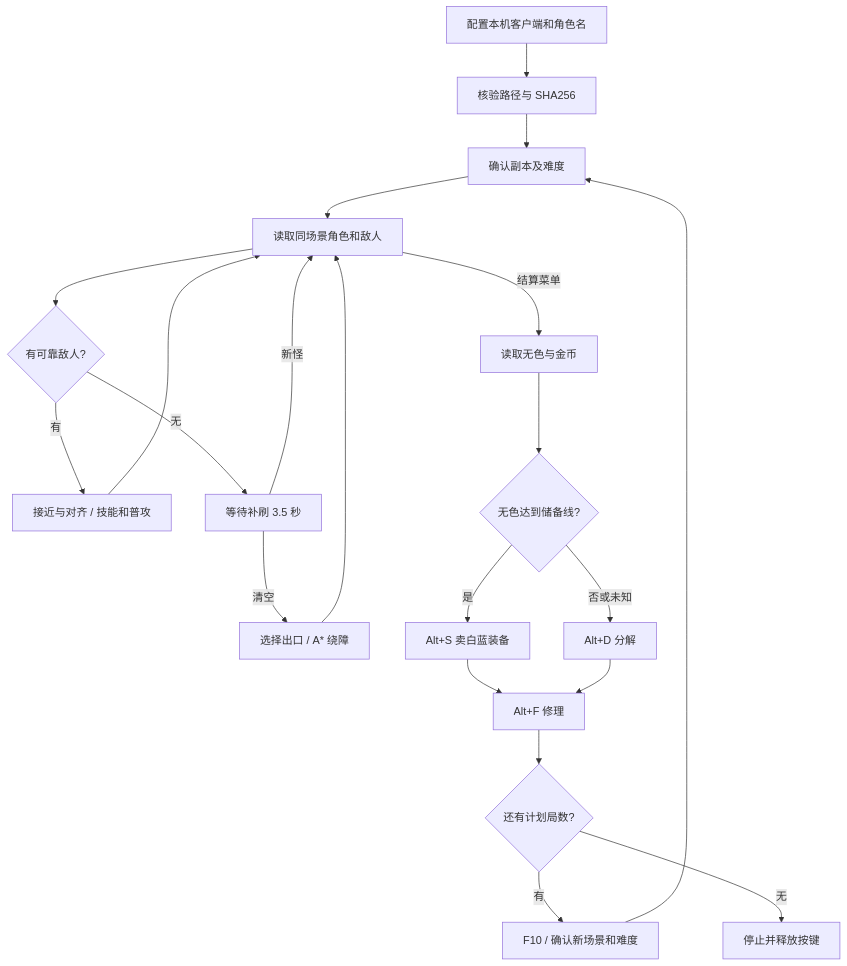
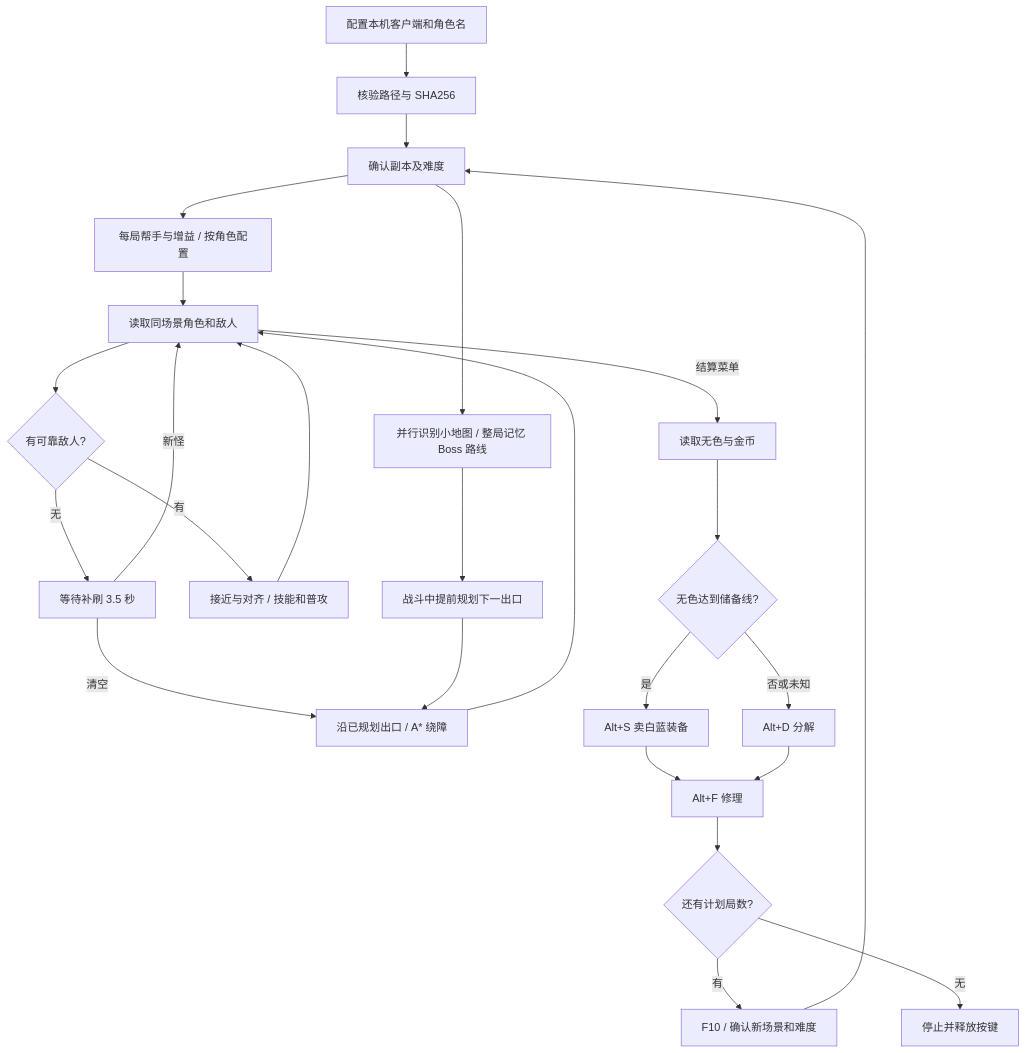
The diagram in farming/ARCHITECTURE.md (1zsw123/DNF), drawn with Mermaid before and after one commit. The commit also changed other lines of this file and 39 other files, not shown here.

````diff
--- a/farming/ARCHITECTURE.md
+++ b/farming/ARCHITECTURE.md
@@ -7,23 +9,27 @@
 ```mermaid
 flowchart TD
     A[配置本机客户端和角色名] --> B[核验路径与 SHA256]
     B --> C[确认副本及难度]
-    C --> D[读取同场景角色和敌人]
+    C --> Q[每局帮手与增益 / 按角色配置]
+    C --> R[并行识别小地图 / 整局记忆 Boss 路线]
+    R --> S[战斗中提前规划下一出口]
+    Q --> D[读取同场景角色和敌人]
     D --> E{有可靠敌人?}
     E -- 有 --> F[接近与对齐 / 技能和普攻]
     F --> D
     E -- 无 --> G[等待补刷 3.5 秒]
     G -- 新怪 --> D
-    G -- 清空 --> H[选择出口 / A* 绕障]
+    G -- 清空 --> H[沿已规划出口 / A* 绕障]
+    S --> H
     H --> D
     D -- 结算菜单 --> I[读取无色与金币]
     I --> J{无色达到储备线?}
     J -- 是 --> K[Alt+S 卖白蓝装备]
     J -- 否或未知 --> L[Alt+D 分解]
     K --> M[Alt+F 修理]
     L --> M
     M --> N{还有计划局数?}
     N -- 有 --> O[F10 / 确认新场景和难度]
     O --> C
     N -- 无 --> P[停止并释放按键]
 ```
````
